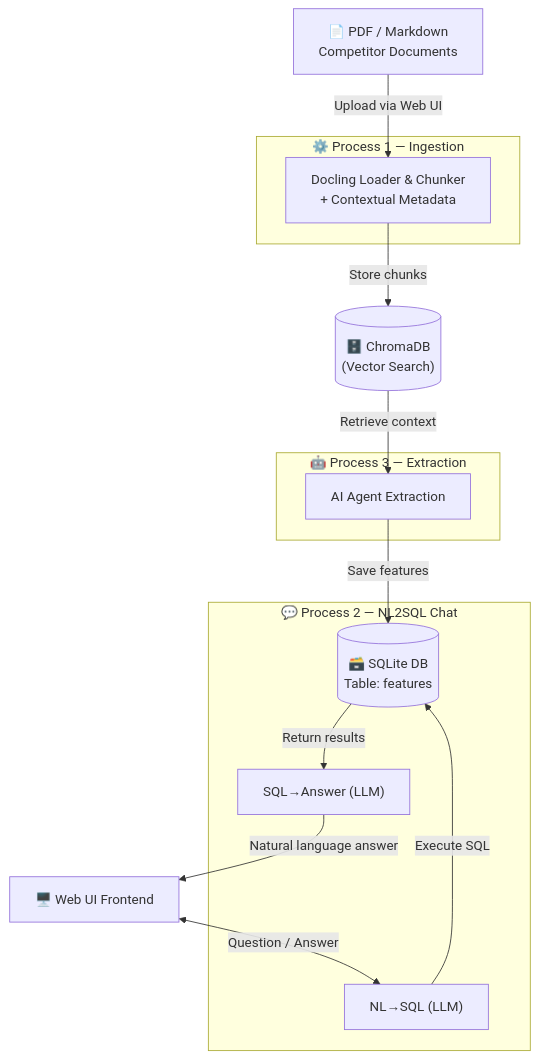
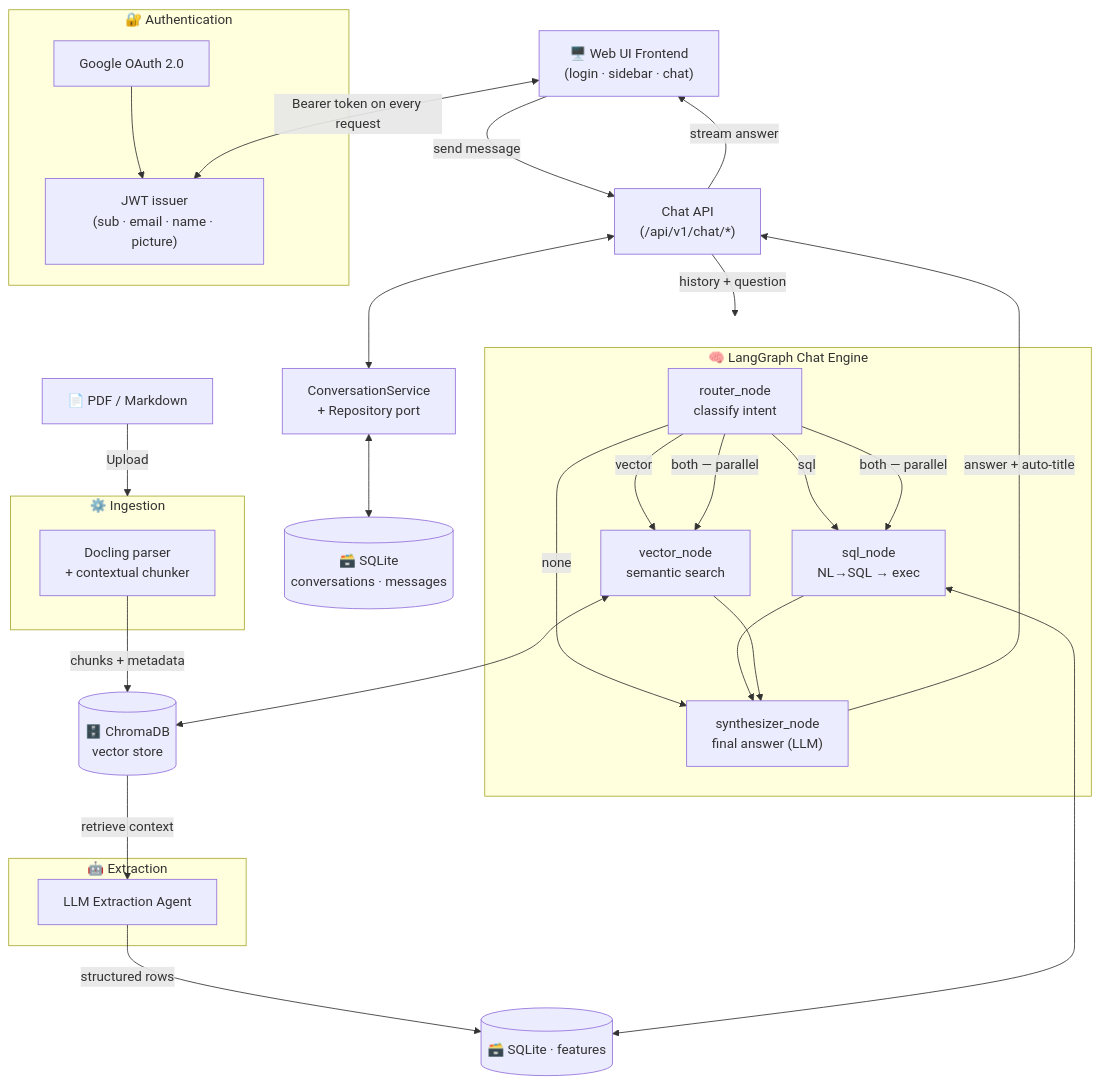
One commit to rioooranteai/argos changed the diagram in README.md. Above: the diagram before and after it, drawn with Mermaid. The commit also changed other lines of this file, not shown here.

Commit message:
docs(readme): refresh architecture diagram + prune solved limitations
Section 2 (System Architecture):
- Rewrite mermaid diagram to reflect current system: Google OAuth + JWT,
  multi-conversation persistence (ConversationService + repository port),
  and the LangGraph hybrid retrieval engine (router → sql/vector/both →
  synthesizer)
- Update component explanation to match new flows

Section 5 (Limitations):
- Drop 'no conversation memory' (resolved by multi-conversation feature)
- Drop 'no user authentication' (resolved by Google OAuth + JWT)
- Update OpenAI cost note to reflect multi-call LangGraph pipeline
- Reorder remaining points under Data / AI / Infrastructure

Footer: refresh tech-stack tagline

````diff
--- a/README.md
+++ b/README.md
@@ -19,25 +19,51 @@
 ```mermaid
 flowchart TD
-    A["📄 PDF / Markdown\nCompetitor Documents"] -->|Upload via Web UI| B
+    %% ─── Client ───
+    UI["🖥️ Web UI Frontend\n(login · sidebar · chat)"]
 
-    subgraph INGESTION ["⚙️ Process 1 — Ingestion"]
-        B["Docling Loader & Chunker\n+ Contextual Metadata"]
+    %% ─── Auth ───
+    subgraph AUTH ["🔐 Authentication"]
+        GOOGLE["Google OAuth 2.0"]
+        JWT["JWT issuer\n(sub · email · name · picture)"]
+        GOOGLE --> JWT
     end
+    UI <-->|Bearer token on every request| JWT
 
-    B -->|Store chunks| C[("🗄️ ChromaDB\n(Vector Search)")]
-    C -->|Retrieve context| D
+    %% ─── Ingestion + Extraction ───
+    DOC["📄 PDF / Markdown"] -->|Upload| ING
+    subgraph ING ["⚙️ Ingestion"]
+        DOCLING["Docling parser\n+ contextual chunker"]
+    end
+    DOCLING -->|chunks + metadata| CHROMA[("🗄️ ChromaDB\nvector store")]
 
-    subgraph EXTRACTION ["🤖 Process 3 — Extraction"]
-        D["AI Agent Extraction"]
+    subgraph EXT ["🤖 Extraction"]
+        AGENT["LLM Extraction Agent"]
     end
+    CHROMA -->|retrieve context| AGENT
+    AGENT -->|structured rows| FEATURES[("🗃️ SQLite · features")]
 
-    D -->|Save features| E[("🗃️ SQLite DB\nTable: features")]
+    %% ─── Conversation persistence ───
+    UI -->|send message| CHATAPI["Chat API\n(/api/v1/chat/*)"]
+    CHATAPI <--> CONVSVC["ConversationService\n+ Repository port"]
+    CONVSVC <--> CONVDB[("🗃️ SQLite\nconversations · messages")]
 
-    subgraph CHAT ["💬 Process 2 — NL2SQL Chat"]
-        F["NL→SQL (LLM)"] -->|Execute SQL| E
-        E -->|Return results| G["SQL→Answer (LLM)"]
+    %% ─── Hybrid retrieval graph ───
+    CHATAPI -->|history + question| GRAPH
+    subgraph GRAPH ["🧠 LangGraph Chat Engine"]
+        ROUTER["router_node\nclassify intent"]
+        SQLN["sql_node\nNL→SQL → exec"]
+        VECN["vector_node\nsemantic search"]
+        SYNTH["synthesizer_node\nfinal answer (LLM)"]
+        ROUTER -->|sql| SQLN
+        ROUTER -->|vector| VECN
+        ROUTER -->|both — parallel| SQLN
+        ROUTER -->|both — parallel| VECN
+        ROUTER -->|none| SYNTH
+        SQLN --> SYNTH
+        VECN --> SYNTH
     end
-
-    H["🖥️ Web UI Frontend"] <-->|Question / Answer| F
-    G -->|Natural language answer| H
+    SQLN <--> FEATURES
+    VECN <--> CHROMA
+    SYNTH -->|answer + auto-title| CHATAPI
+    CHATAPI -->|stream answer| UI
 ```
````
